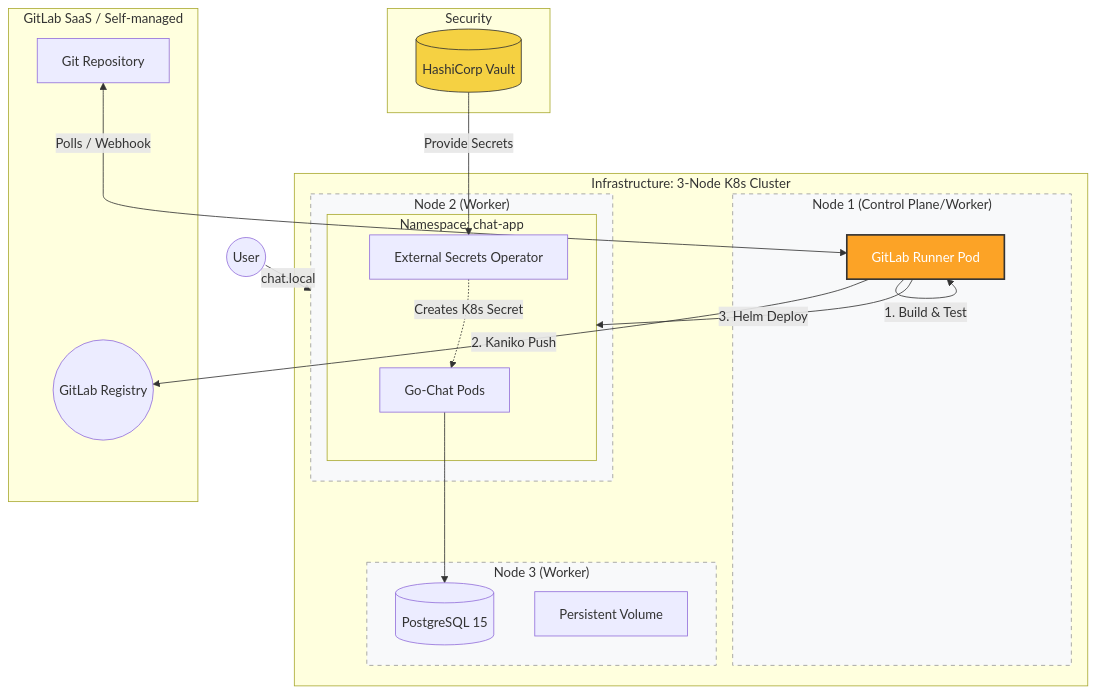
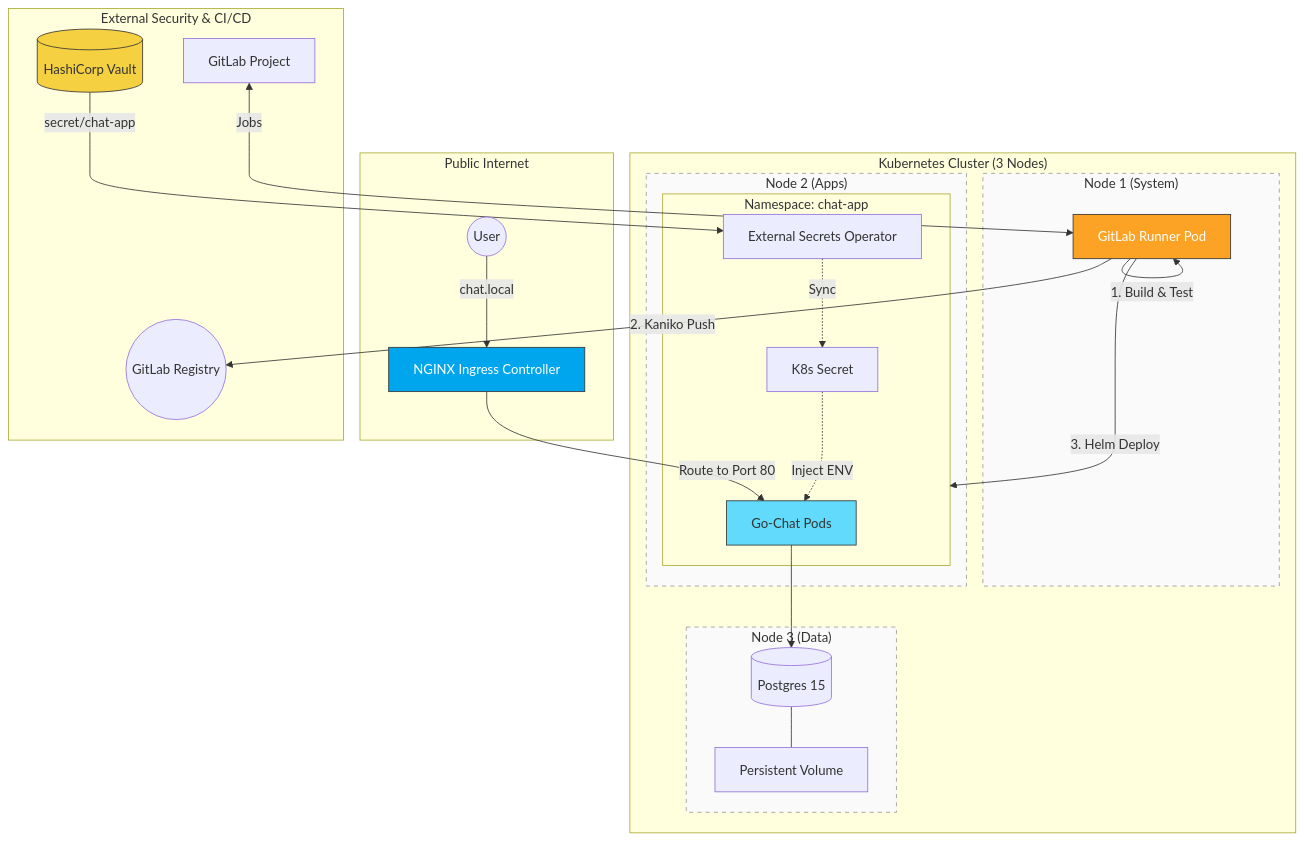
One commit to dunaevartem/QM changed the diagram in README.md. Above: the diagram before and after it, drawn with Mermaid.

Commit message:
Update file README.md

````diff
--- a/README.md
+++ b/README.md
@@ -1,48 +1,59 @@
 ```mermaid
 graph TD
-    subgraph "Infrastructure: 3-Node K8s Cluster"
-        subgraph Node1 ["Node 1 (Control Plane/Worker)"]
-             Runner[GitLab Runner Pod]
+    subgraph "Public Internet"
+        User((User)) -->|chat.local| Ingress[NGINX Ingress Controller]
+    end
+
+    subgraph "Kubernetes Cluster (3 Nodes)"
+        subgraph Node1 ["Node 1 (System)"]
+            Runner[GitLab Runner Pod]
+            Ingress
         end
-        
-        subgraph Node2 ["Node 2 (Worker)"]
+
+        subgraph Node2 ["Node 2 (Apps)"]
             subgraph AppNS ["Namespace: chat-app"]
                 Pods[Go-Chat Pods]
                 ESO[External Secrets Operator]
+                K8sSecret[K8s Secret]
             end
         end
-        
-        subgraph Node3 ["Node 3 (Worker)"]
-            DB[(PostgreSQL 15)]
+
+        subgraph Node3 ["Node 3 (Data)"]
+            DB[(Postgres 15)]
             PV[Persistent Volume]
         end
     end
 
-    subgraph "GitLab SaaS / Self-managed"
-        GitRepo[Git Repository]
+    subgraph "External Security & CI/CD"
+        Vault[(HashiCorp Vault)]
+        GitLab[GitLab Project]
         Registry((GitLab Registry))
     end
 
-    subgraph "Security"
-        Vault[(HashiCorp Vault)]
-    end
+    %% Трафик пользователя
+    Ingress -->|Route to Port 80| Pods
 
-    %% Workflow Connections
-    GitRepo <-->|Polls / Webhook| Runner
+    %% CI/CD Потоки
+    GitLab <-->|Jobs| Runner
     Runner -->|1. Build & Test| Runner
     Runner -->|2. Kaniko Push| Registry
     Runner -->|3. Helm Deploy| AppNS
-    
-    Vault -->|Provide Secrets| ESO
-    ESO -.->|Creates K8s Secret| Pods
+
+    %% Работа с секретами
+    Vault -->|secret/chat-app| ESO
+    ESO -.->|Sync| K8sSecret
+    K8sSecret -.->|Inject ENV| Pods
+
+    %% Данные
     Pods --> DB
-    
-    User((User)) -->|chat.local| Node2
+    DB --- PV
 
-    %% Styling
-    style Runner fill:#fca326,stroke:#333,stroke-width:2px,color:#fff
-    style Node1 fill:#f8f9fa,stroke:#999,stroke-dasharray: 5 5
-    style Node2 fill:#f8f9fa,stroke:#999,stroke-dasharray: 5 5
-    style Node3 fill:#f8f9fa,stroke:#999,stroke-dasharray: 5 5
+    %% Стилизация
+    style Ingress fill:#00a6ed,color:#fff,stroke:#333
+    style Runner fill:#fca326,color:#fff,stroke:#333
     style Vault fill:#f5d142,stroke:#333
+    style Pods fill:#61dafb,stroke:#333
+    style Node1 fill:#fafafa,stroke:#999,stroke-dasharray: 5 5
+    style Node2 fill:#fafafa,stroke:#999,stroke-dasharray: 5 5
+    style Node3 fill:#fafafa,stroke:#999,stroke-dasharray: 5 5
 ```
````
